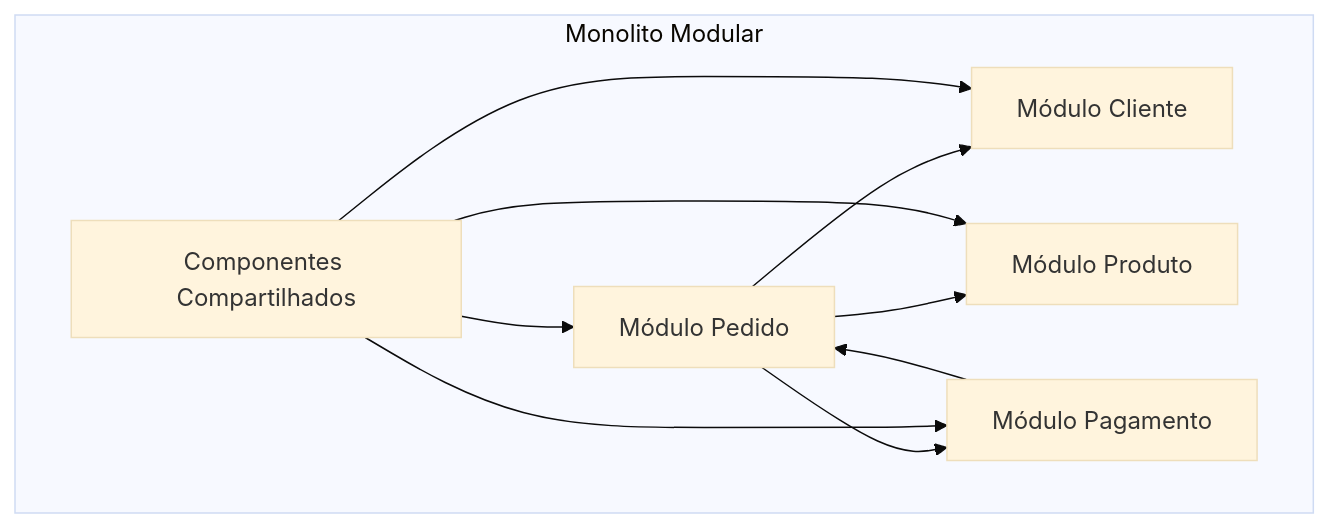
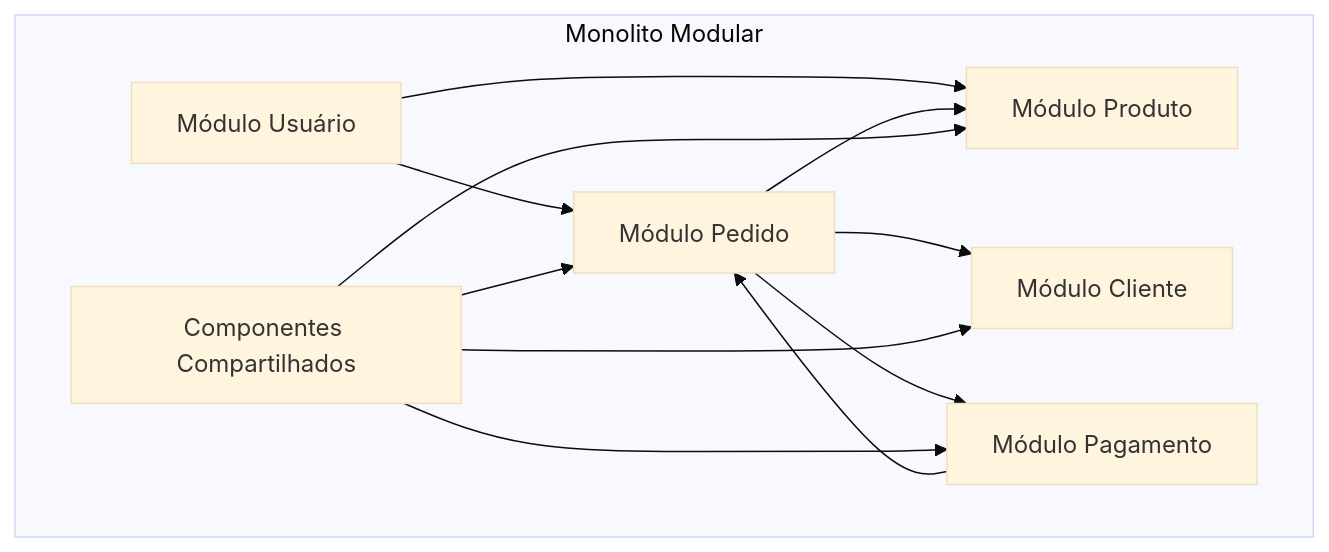
One commit to FIAP-SOAT-TECH-TEAM/foodcore-api changed the second of 7 diagrams in README.md. Above: the diagram before and after it, drawn with Mermaid (base theme).

Commit message:
docs: add user modules in mermaid graph TD

````diff
--- a/README.md
+++ b/README.md
@@ -89,20 +89,23 @@
 ```mermaid
 graph TD
     subgraph "Monolito Modular"
+        USER[Módulo Usuário]
         ORDER[Módulo Pedido]
         CUSTOMER[Módulo Cliente]
         PRODUCT[Módulo Produto]
         PAYMENT[Módulo Pagamento]
         SHARED[Componentes Compartilhados]
         
+        USER --> PRODUCT
+        USER --> ORDER
         ORDER --> CUSTOMER
         ORDER --> PRODUCT
         ORDER --> PAYMENT
         PAYMENT --> ORDER
         
         SHARED --> ORDER
         SHARED --> CUSTOMER
         SHARED --> PRODUCT
         SHARED --> PAYMENT
     end
 ```
````
